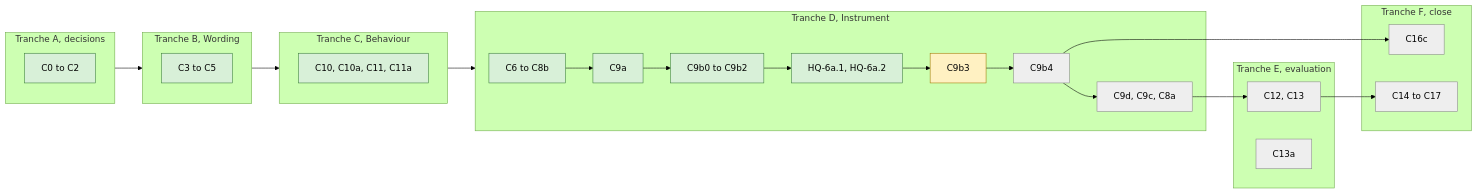
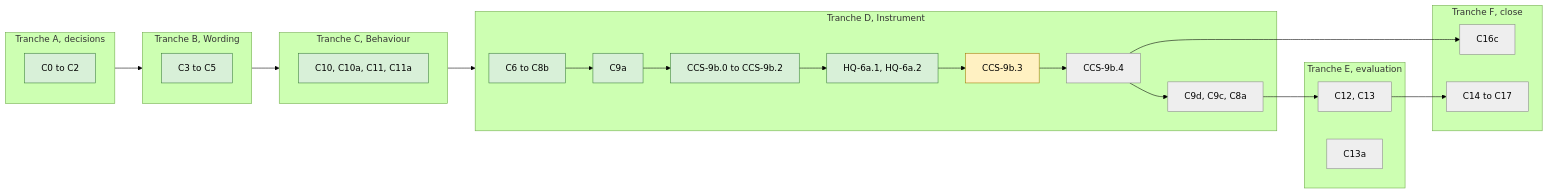
Before and after one commit to nebularis/lattice: the fourth of 9 diagrams in docs/developer/ROADMAP.md, drawn with Mermaid (forest theme). The commit also changed other lines of this file and 422 other files, not shown here.

````diff
--- a/docs/developer/ROADMAP.md
+++ b/docs/developer/ROADMAP.md
@@ -124,36 +124,36 @@
 ```mermaid
 flowchart LR
     subgraph A["Tranche A, decisions"]
         C0["C0 to C2"]
     end
     subgraph B["Tranche B, Wording"]
         C3["C3 to C5"]
     end
     subgraph C["Tranche C, Behaviour"]
         C10["C10, C10a, C11, C11a"]
     end
     subgraph D["Tranche D, Instrument"]
-        C6["C6 to C8b"] --> C9a["C9a"] --> C9b["C9b0 to C9b2"] --> HQ6["HQ-6a.1, HQ-6a.2"]
-        HQ6 --> C9b3["C9b3"] --> C9b4["C9b4"]
-        C9b4 --> C9rest["C9d, C9c, C8a"]
+        C6["C6 to C8b"] --> C9a["C9a"] --> C9b["CCS-9b.0 to CCS-9b.2"] --> HQ6["HQ-6a.1, HQ-6a.2"]
+        HQ6 --> CCS-9b.3["CCS-9b.3"] --> CCS-9b.4["CCS-9b.4"]
+        CCS-9b.4 --> C9rest["C9d, C9c, C8a"]
     end
     subgraph E["Tranche E, evaluation"]
         C12["C12, C13"]
         C13a["C13a"]
     end
     subgraph F["Tranche F, close"]
         C16c["C16c"]
         C14["C14 to C17"]
     end
     A --> B --> C --> D
     C9rest --> C12
-    C9b4 --> C16c
+    CCS-9b.4 --> C16c
     C12 --> C14
 
     classDef done fill:#d8f0d8,stroke:#3a7d3a
     classDef next fill:#fff1c2,stroke:#a07800
     classDef wait fill:#eeeeee,stroke:#888888
     class C0,C3,C10,C6,C9a,C9b,HQ6 done
-    class C9b3 next
-    class C9b4,C9rest,C12,C13a,C16c,C14 wait
+    class CCS-9b.3 next
+    class CCS-9b.4,C9rest,C12,C13a,C16c,C14 wait
 ```
````
